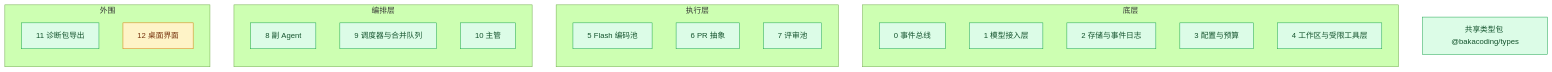
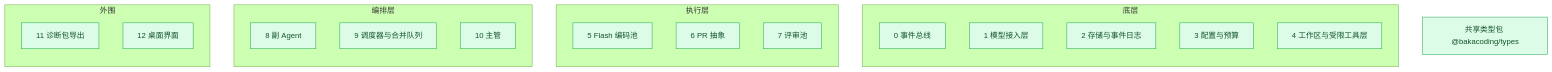
One commit to Akarin7784/BakaCoding changed the diagram in docs/progress.md. Above: the diagram before and after it, drawn with Mermaid (forest theme). The commit also changed other lines of this file, not shown here.

````diff
--- a/docs/progress.md
+++ b/docs/progress.md
@@ -11,33 +11,33 @@
 ```mermaid
 flowchart BT
   subgraph 底层
     M0[0 事件总线]
     M1[1 模型接入层]
     M2[2 存储与事件日志]
     M3[3 配置与预算]
     M4[4 工作区与受限工具层]
   end
   subgraph 执行层
     M5[5 Flash 编码池]
     M6[6 PR 抽象]
     M7[7 评审池]
   end
   subgraph 编排层
     M8[8 副 Agent]
     M9[9 调度器与合并队列]
     M10[10 主管]
   end
   subgraph 外围
     M11[11 诊断包导出]
     M12[12 桌面界面]
   end
   T[共享类型包 @bakacoding/types]
 
   classDef todo fill:#f1f5f9,stroke:#94a3b8,color:#334155
   classDef doing fill:#fef3c7,stroke:#d97706,color:#78350f
   classDef done fill:#dcfce7,stroke:#16a34a,color:#14532d
 
   class M0,M1,M2,M3,M4,M5,M6,M7,M8,M9,M11,T done
   class M10 done
-  class M12 doing
+  class M12 done
 ```
````
